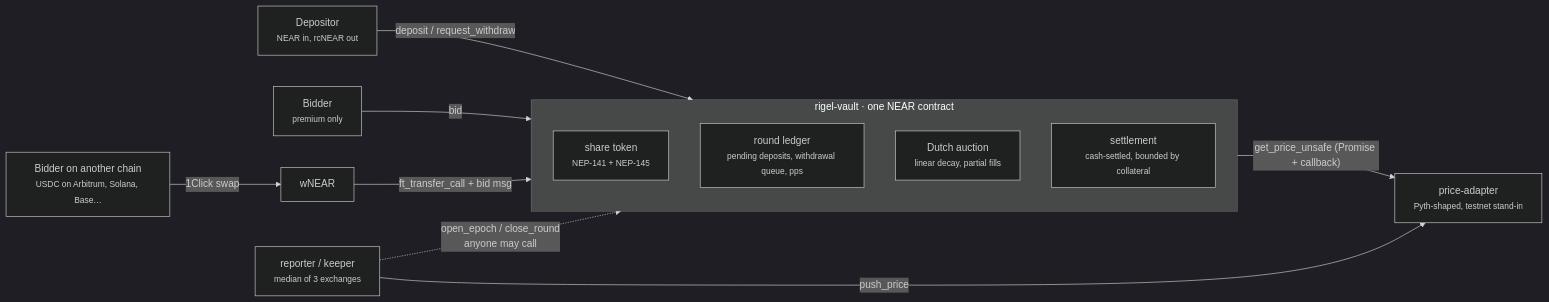
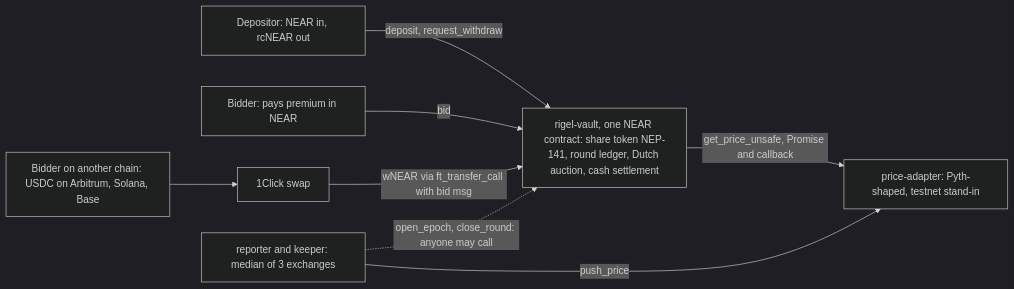
Before and after one commit to tamerrarda/rigel: the third of 3 diagrams in README.md, drawn with Mermaid (dark theme). The commit also changed other lines of this file, not shown here.

Commit message:
docs: GitHub-safe diagrams, Intents sequence diagram and corrected test and gas claims

````diff
--- a/README.md
+++ b/README.md
@@ -130,17 +163,17 @@
 ```mermaid
 flowchart LR
-    D["Depositor<br/><small>NEAR in, rcNEAR out</small>"] -->|deposit / request_withdraw| V
-    B["Bidder<br/><small>premium only</small>"] -->|bid| V
-    X["Bidder on another chain<br/><small>USDC on Arbitrum, Solana, Base…</small>"] -->|1Click swap| W["wNEAR"]
-    W -->|"ft_transfer_call + bid msg"| V
-    subgraph V["rigel-vault · one NEAR contract"]
-      direction TB
-      T["share token<br/><small>NEP-141 + NEP-145</small>"]
-      L["round ledger<br/><small>pending deposits, withdrawal queue, pps</small>"]
-      A["Dutch auction<br/><small>linear decay, partial fills</small>"]
-      S["settlement<br/><small>cash-settled, bounded by collateral</small>"]
-    end
-    V -->|"get_price_unsafe (Promise + callback)"| O["price-adapter<br/><small>Pyth-shaped, testnet stand-in</small>"]
-    R["reporter / keeper<br/><small>median of 3 exchanges</small>"] -->|push_price| O
-    R -.->|open_epoch / close_round<br/>anyone may call| V
+    D["Depositor: NEAR in, rcNEAR out"]
+    B["Bidder: pays premium in NEAR"]
+    X["Bidder on another chain: USDC on Arbitrum, Solana, Base"]
+    OC["1Click swap"]
+    V["rigel-vault, one NEAR contract: share token NEP-141, round ledger, Dutch auction, cash settlement"]
+    O["price-adapter: Pyth-shaped, testnet stand-in"]
+    R["reporter and keeper: median of 3 exchanges"]
+    D -->|"deposit, request_withdraw"| V
+    B -->|"bid"| V
+    X --> OC
+    OC -->|"wNEAR via ft_transfer_call with bid msg"| V
+    V -->|"get_price_unsafe, Promise and callback"| O
+    R -->|"push_price"| O
+    R -.->|"open_epoch, close_round: anyone may call"| V
 ```
````
